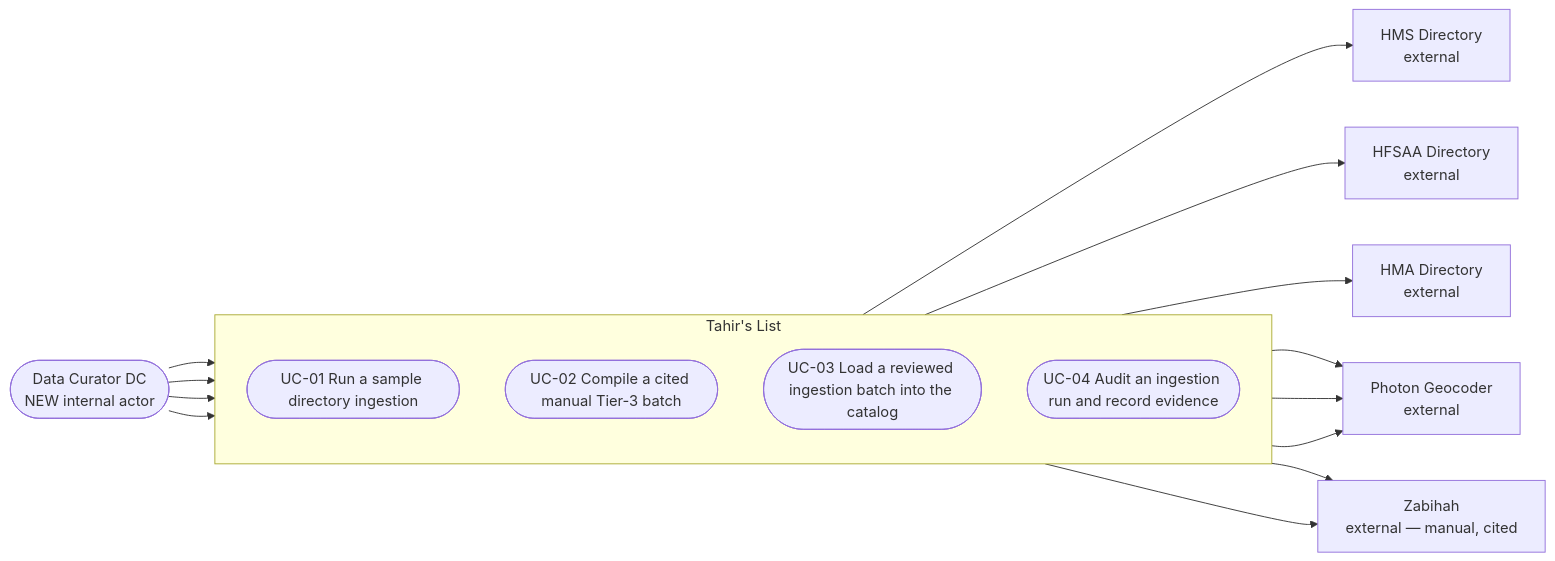
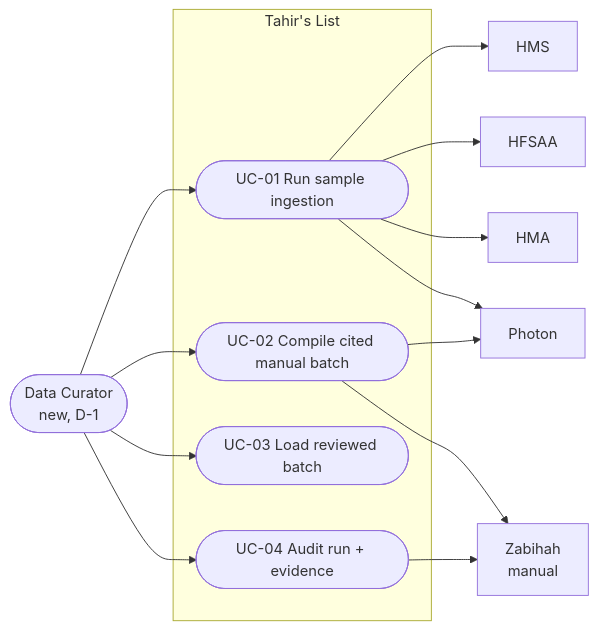
One commit to Losers-Lab/tahirs-list changed the first of 2 diagrams in docs/features/SC-211/03-use-case-diagram.md. Above: the diagram before and after it, drawn with Mermaid. The commit also changed other lines of this file and 14 other files, not shown here.

Commit message:
[SC-211] Retrofit design to diagram-first format

````diff
--- a/docs/features/SC-211/03-use-case-diagram.md
+++ b/docs/features/SC-211/03-use-case-diagram.md
@@ -7,32 +7,15 @@
 ```mermaid
 flowchart LR
-  DC([Data Curator DC<br/>NEW internal actor])
-
-  subgraph System["Tahir's List"]
-    direction TB
-    UC01([UC-01 Run a sample directory ingestion])
-    UC02([UC-02 Compile a cited manual Tier-3 batch])
-    UC03([UC-03 Load a reviewed ingestion batch into the catalog])
-    UC04([UC-04 Audit an ingestion run and record evidence])
+  DC([Data Curator<br/>new, D-1])
+  subgraph S["Tahir's List"]
+    UC1([UC-01 Run sample ingestion])
+    UC2([UC-02 Compile cited manual batch])
+    UC3([UC-03 Load reviewed batch])
+    UC4([UC-04 Audit run + evidence])
   end
-
-  HMS[HMS Directory<br/>external]
-  HFSAA[HFSAA Directory<br/>external]
-  HMA[HMA Directory<br/>external]
-  ZAB[Zabihah<br/>external — manual, cited]
-  PH[Photon Geocoder<br/>external]
-
-  DC --> UC01
-  DC --> UC02
-  DC --> UC03
-  DC --> UC04
-
-  UC01 --> HMS
-  UC01 --> HFSAA
-  UC01 --> HMA
-  UC01 --> PH
-  UC02 --> ZAB
-  UC02 --> PH
-  UC03 --> PH
-  UC04 --> ZAB
+  HMS[HMS]; HFSAA[HFSAA]; HMA[HMA]; ZAB[Zabihah<br/>manual]; PH[Photon]
+  DC --> UC1; DC --> UC2; DC --> UC3; DC --> UC4
+  UC1 --> HMS; UC1 --> HFSAA; UC1 --> HMA; UC1 --> PH
+  UC2 --> ZAB; UC2 --> PH
+  UC4 --> ZAB
 ```
````
